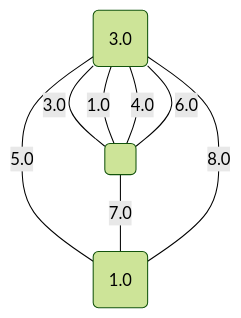
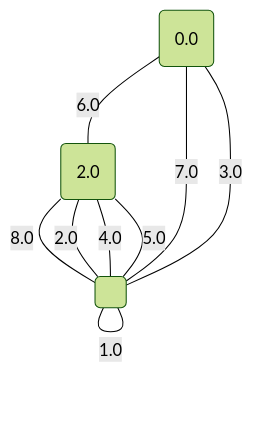
Before and after one commit to metury/graphs: diagram 15 of 17 in project/src/testing/minCutPetersen.md, drawn with Mermaid (forest theme). The commit also changed other lines of this file and 27 other files, not shown here.

````diff
--- a/project/src/testing/minCutPetersen.md
+++ b/project/src/testing/minCutPetersen.md
@@ -374,13 +375,14 @@
 ```mermaid
 graph TD;
-0("1.0");
-1("3.0");
+0("0.0");
+1("2.0");
 2(" ");
-	2 -- "1.0" --- 1;
-	1 -- "3.0" --- 2;
+	2 -- "1.0" --- 2;
+	2 -- "2.0" --- 1;
+	2 -- "3.0" --- 0;
 	2 -- "4.0" --- 1;
-	1 -- "5.0" --- 0;
-	2 -- "6.0" --- 1;
-	2 -- "7.0" --- 0;
-	1 -- "8.0" --- 0;
+	2 -- "5.0" --- 1;
+	0 -- "6.0" --- 1;
+	0 -- "7.0" --- 2;
+	1 -- "8.0" --- 2;
 ```
````
